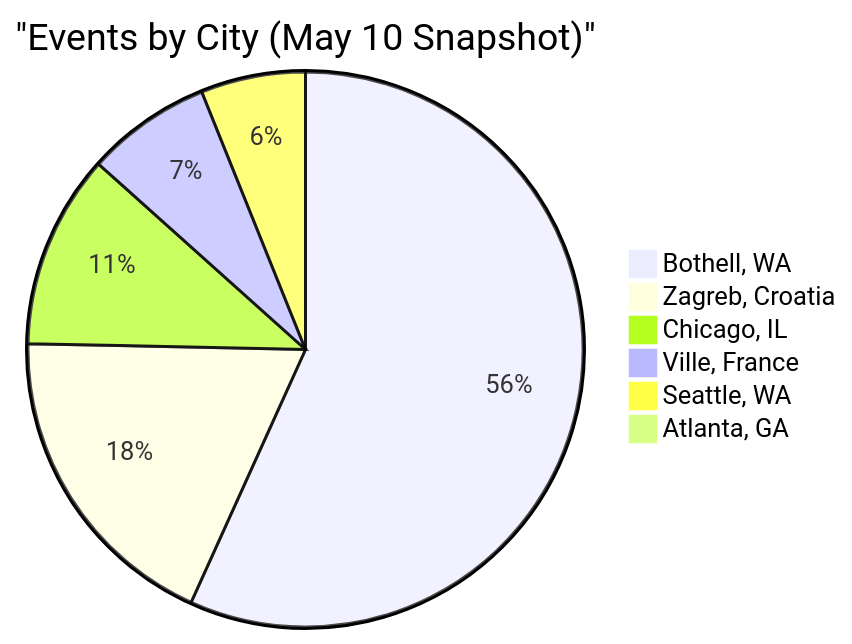
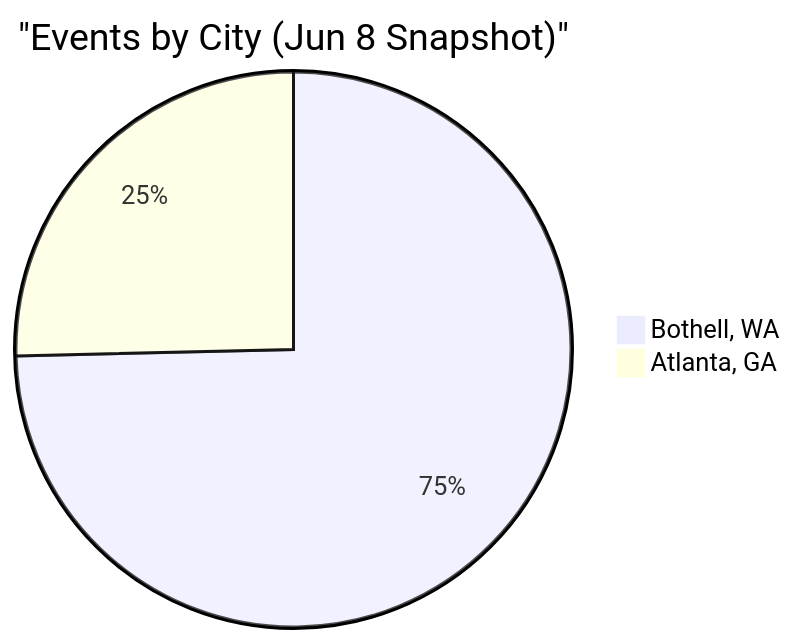
The second of 3 diagrams in docs/telemetry/usage_analytics.md (thrustCoder/gamer-uncle), drawn with Mermaid before and after one commit. The commit also changed other lines of this file and 47 other files, not shown here.

````diff
--- a/docs/telemetry/usage_analytics.md
+++ b/docs/telemetry/usage_analytics.md
@@ -62,9 +57,5 @@
 ```mermaid
-pie title "Events by City (May 10 Snapshot)"
-    "Bothell, WA" : 382
-    "Zagreb, Croatia" : 125
-    "Chicago, IL" : 76
-    "Ville, France" : 49
-    "Seattle, WA" : 41
-    "Atlanta, GA" : 5
+pie title "Events by City (Jun 8 Snapshot)"
+    "Bothell, WA" : 50
+    "Atlanta, GA" : 17
 ```
````
